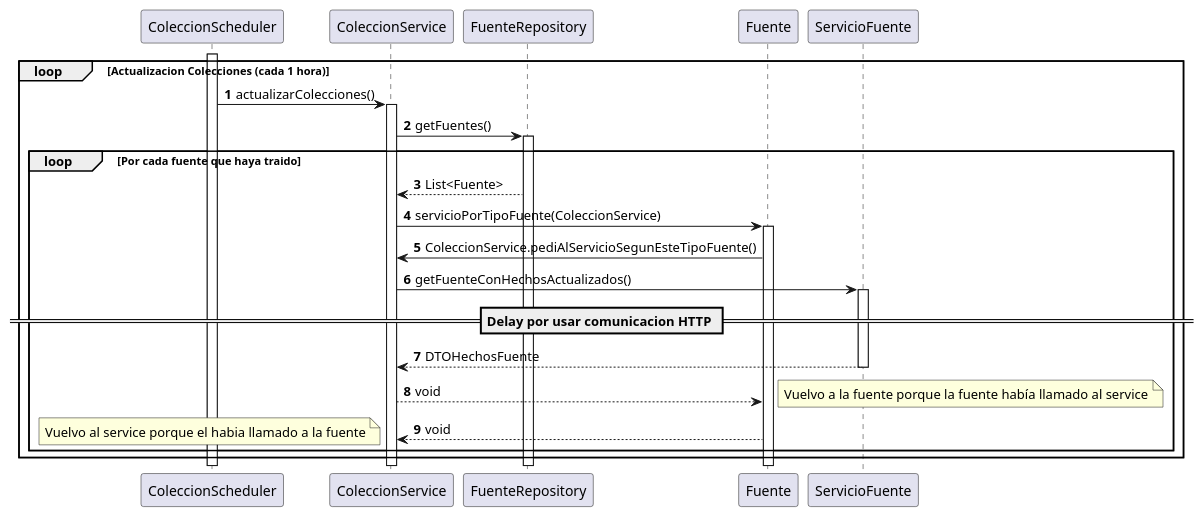
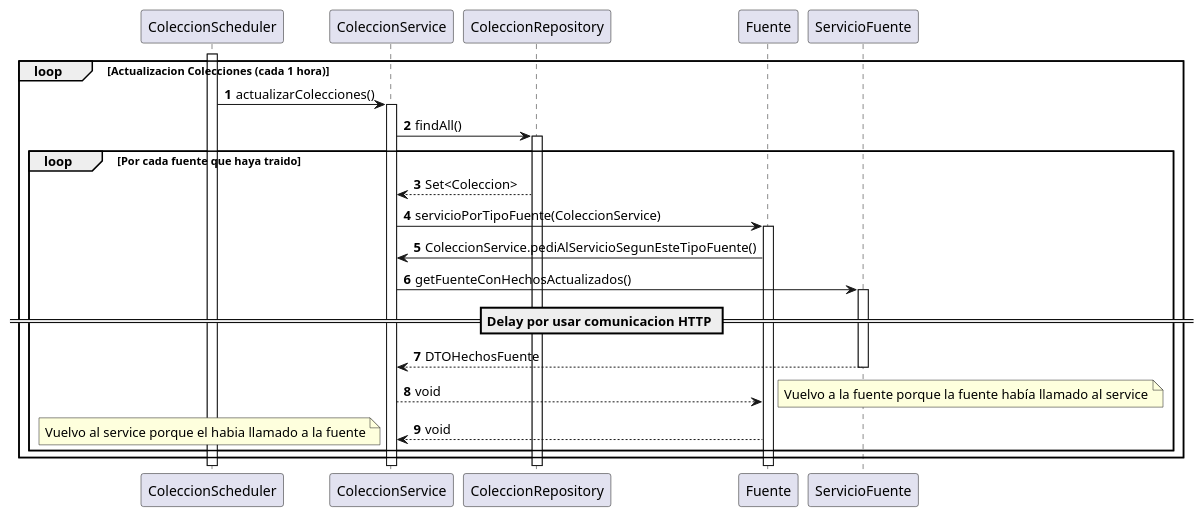
The diagram in entregables/entrega-2/DiagramaScheduler.puml (valenap-utn/metamapa-utn-2025), drawn with PlantUML before and after one commit. The commit also changed 31 other files, not shown here.

Commit message:
Hice modificaciones para que funcione mejor asincronicamente el servicio de agregación, borré carpetas viejas y agregué la base de unos diagramas para el modelo de dominio

```diff
--- a/entregables/entrega-2/DiagramaScheduler.puml
+++ b/entregables/entrega-2/DiagramaScheduler.puml
@@ -1,35 +1,35 @@
 @startuml
 'https://plantuml.com/sequence-diagram
 
 autonumber
 
 loop Actualizacion Colecciones (cada 1 hora)
     activate ColeccionScheduler
     ColeccionScheduler -> ColeccionService: actualizarColecciones()
     activate ColeccionService
-    ColeccionService -> FuenteRepository: getFuentes()
-    activate FuenteRepository
+    ColeccionService -> ColeccionRepository: findAll()
+    activate ColeccionRepository
     loop Por cada fuente que haya traido
-        FuenteRepository --> ColeccionService: List<Fuente>
+        ColeccionRepository --> ColeccionService: Set<Coleccion>
         ColeccionService -> Fuente: servicioPorTipoFuente(ColeccionService)
         activate Fuente
         Fuente -> ColeccionService: ColeccionService.pediAlServicioSegunEsteTipoFuente()
         ColeccionService -> ServicioFuente: getFuenteConHechosActualizados()
         activate ServicioFuente
         == Delay por usar comunicacion HTTP ==
         ServicioFuente --> ColeccionService: DTOHechosFuente
         deactivate ServicioFuente
         ColeccionService --> Fuente: void
         note right
             Vuelvo a la fuente porque la fuente había llamado al service
         end note
         Fuente --> ColeccionService: void
         note left
             Vuelvo al service porque el habia llamado a la fuente
         end note
 
     end
 end
 
 
 @enduml
```
